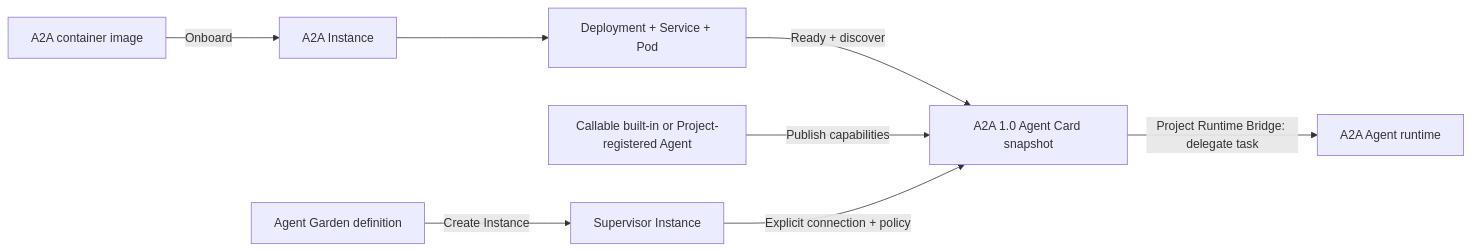
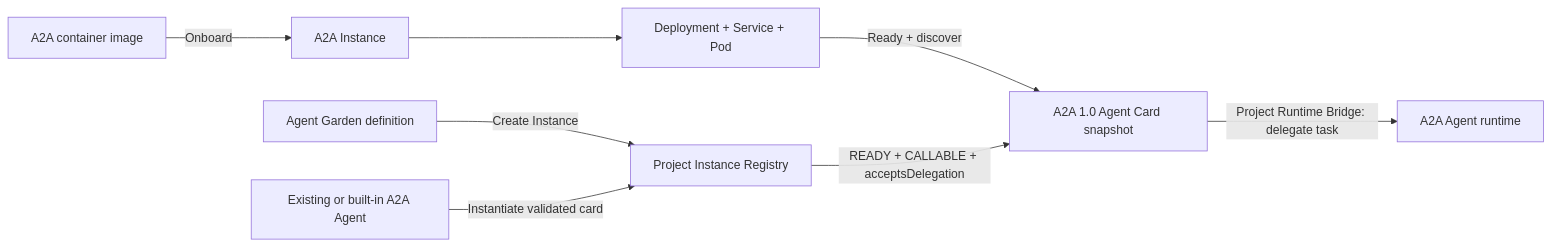
One commit to feng2009-hub/tasklattice-relay changed the diagram in docs/agent-garden-architecture.md. Above: the diagram before and after it, drawn with Mermaid. The commit also changed other lines of this file and 44 other files, not shown here.

Commit message:
feat: discover A2A instances from project registry

````diff
--- a/docs/agent-garden-architecture.md
+++ b/docs/agent-garden-architecture.md
@@ -27,10 +26,10 @@
 ```mermaid
 flowchart LR
-  G["Agent Garden definition"] -->|"Create Instance"| C["Supervisor Instance"]
+  G["Agent Garden definition"] -->|"Create Instance"| REG["Project Instance Registry"]
   I["A2A container image"] -->|"Onboard"| MI["A2A Instance"]
   MI --> K["Deployment + Service + Pod"]
   K -->|"Ready + discover"| D["A2A 1.0 Agent Card snapshot"]
-  R["Callable built-in or Project-registered Agent"] -->|"Publish capabilities"| D
-  C -->|"Explicit connection + policy"| D
+  R["Existing or built-in A2A Agent"] -->|"Instantiate validated card"| REG
+  REG -->|"READY + CALLABLE + acceptsDelegation"| D
   D -->|"Project Runtime Bridge: delegate task"| A["A2A Agent runtime"]
 ```
````
